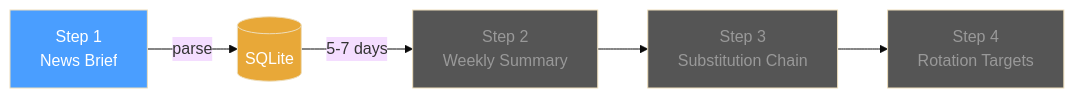
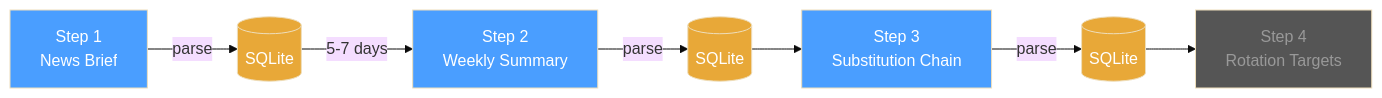
One commit to Muhomorik/KanelBulleKapital changed the first of 2 diagrams in FikaForecast/README.md. Above: the diagram before and after it, drawn with Mermaid (base theme). The commit also changed other lines of this file and 30 other files, not shown here.

First line of the commit message:
Add Substitution Chain functionality:

````diff
--- a/FikaForecast/README.md
+++ b/FikaForecast/README.md
@@ -81,13 +81,17 @@
 ```mermaid
 flowchart LR
     S1[Step 1\nNews Brief] -->|parse| DB1[(SQLite)]
     DB1 -->|5-7 days| S2[Step 2\nWeekly Summary]
-    S2 --> S3[Step 3\nSubstitution Chain]
-    S3 --> S4[Step 4\nRotation Targets]
+    S2 -->|parse| DB2[(SQLite)]
+    DB2 --> S3[Step 3\nSubstitution Chain]
+    S3 -->|parse| DB3[(SQLite)]
+    DB3 --> S4[Step 4\nRotation Targets]
 
     style S1 fill:#4a9eff,color:#fff
-    style S2 fill:#555,color:#999
-    style S3 fill:#555,color:#999
+    style S2 fill:#4a9eff,color:#fff
+    style S3 fill:#4a9eff,color:#fff
     style S4 fill:#555,color:#999
     style DB1 fill:#e8a838,color:#fff
+    style DB2 fill:#e8a838,color:#fff
+    style DB3 fill:#e8a838,color:#fff
 ```
````
